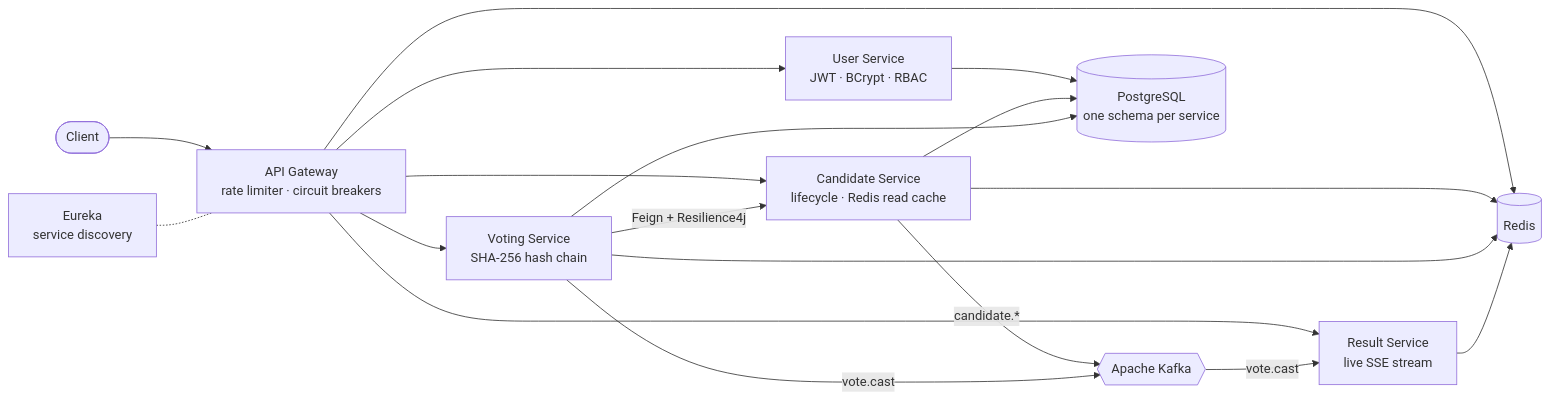
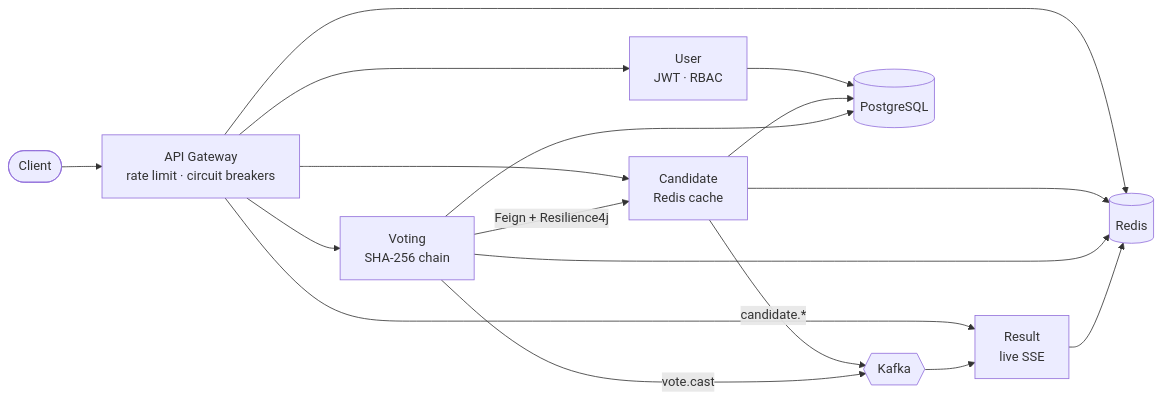
One commit to Vaibhav0710/Vaibhav0710 changed the diagram in README.md. Above: the diagram before and after it, drawn with Mermaid. The commit also changed other lines of this file, not shown here.

````diff
--- a/README.md
+++ b/README.md
@@ -68,19 +57,14 @@
 ```mermaid
 flowchart LR
-    C([Client]) --> GW["API Gateway<br/>rate limiter · circuit breakers"]
-
-    GW --> US["User Service<br/>JWT · BCrypt · RBAC"]
-    GW --> CS["Candidate Service<br/>lifecycle · Redis read cache"]
-    GW --> VS["Voting Service<br/>SHA-256 hash chain"]
-    GW --> RS["Result Service<br/>live SSE stream"]
-
-    VS -- "Feign + Resilience4j" --> CS
-    CS -- "candidate.*" --> K{{Apache Kafka}}
-    VS -- "vote.cast" --> K
-    K -- "vote.cast" --> RS
-
-    US & CS & VS --> PG[("PostgreSQL<br/>one schema per service")]
+    C([Client]) --> GW["API Gateway<br/>rate limit · circuit breakers"]
+    GW --> US["User<br/>JWT · RBAC"]
+    GW --> CS["Candidate<br/>Redis cache"]
+    GW --> VS["Voting<br/>SHA-256 chain"]
+    GW --> RS["Result<br/>live SSE"]
+    VS -- Feign + Resilience4j --> CS
+    CS -- candidate.* --> K{{Kafka}}
+    VS -- vote.cast --> K
+    K --> RS
+    US & CS & VS --> PG[(PostgreSQL)]
     GW & CS & VS & RS --> R[(Redis)]
-
-    EU["Eureka<br/>service discovery"] -.- GW
 ```
````
